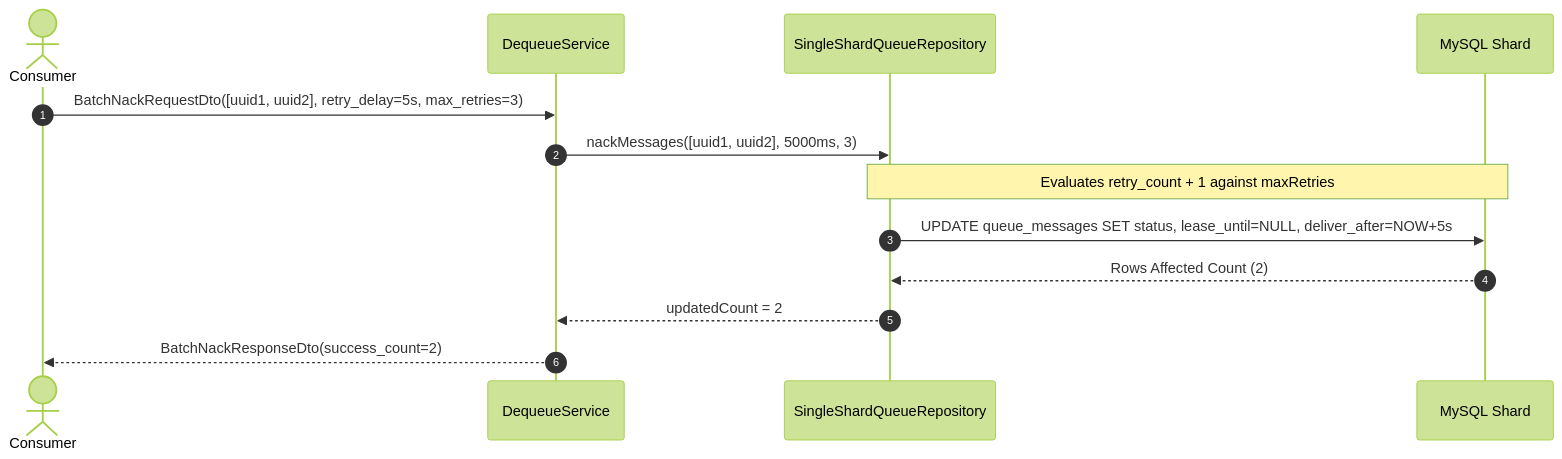
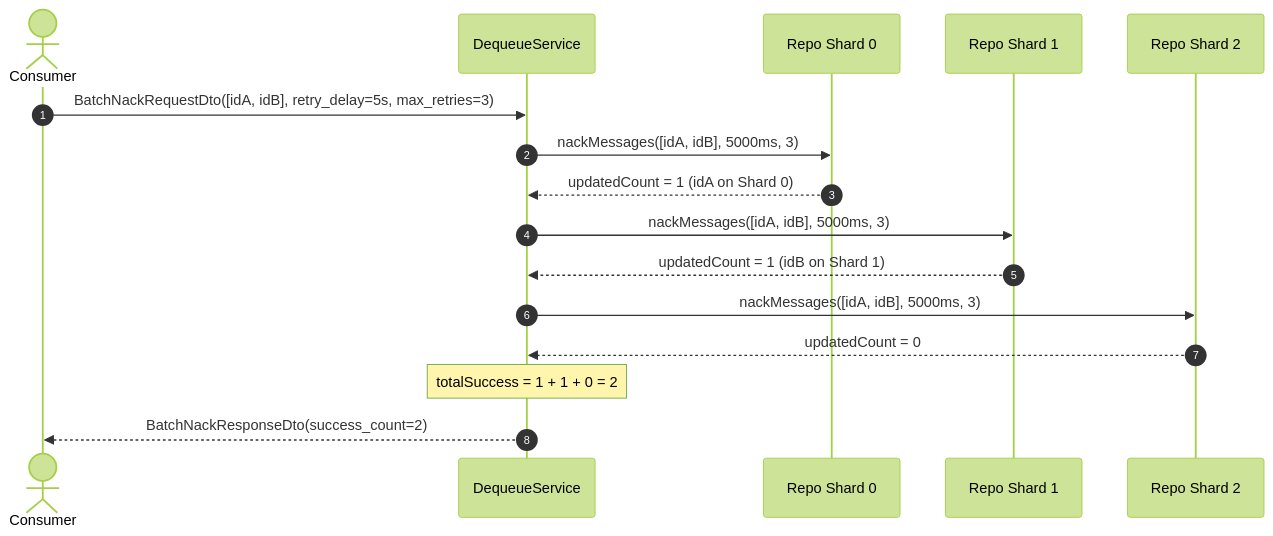
One commit to KhaiHust/FOQS changed the eighth of 9 diagrams in DOCS.md. Above: the diagram before and after it, drawn with Mermaid (forest theme). The commit also changed other lines of this file and 20 other files, not shown here.

Commit message:
feat(core): implement consistent hashing shard router and scatter-gather ACK/NACK

````diff
--- a/DOCS.md
+++ b/DOCS.md
@@ -442,19 +553,23 @@
 ```mermaid
 sequenceDiagram
     autonumber
     actor Consumer
     participant DS as DequeueService
-    participant Repo as SingleShardQueueRepository
-    participant DB as MySQL Shard
+    participant S0 as Repo Shard 0
+    participant S1 as Repo Shard 1
+    participant S2 as Repo Shard 2
 
-    Consumer->>DS: BatchNackRequestDto([uuid1, uuid2], retry_delay=5s, max_retries=3)
+    Consumer->>DS: BatchNackRequestDto([idA, idB], retry_delay=5s, max_retries=3)
     
-    DS->>Repo: nackMessages([uuid1, uuid2], 5000ms, 3)
+    DS->>S0: nackMessages([idA, idB], 5000ms, 3)
+    S0-->>DS: updatedCount = 1 (idA on Shard 0)
     
-    Note over Repo,DB: Evaluates retry_count + 1 against maxRetries
-    Repo->>DB: UPDATE queue_messages SET status, lease_until=NULL, deliver_after=NOW+5s
-    DB-->>Repo: Rows Affected Count (2)
-    Repo-->>DS: updatedCount = 2
+    DS->>S1: nackMessages([idA, idB], 5000ms, 3)
+    S1-->>DS: updatedCount = 1 (idB on Shard 1)
     
+    DS->>S2: nackMessages([idA, idB], 5000ms, 3)
+    S2-->>DS: updatedCount = 0
+    
+    Note over DS: totalSuccess = 1 + 1 + 0 = 2
     DS-->>Consumer: BatchNackResponseDto(success_count=2)
 ```
````
